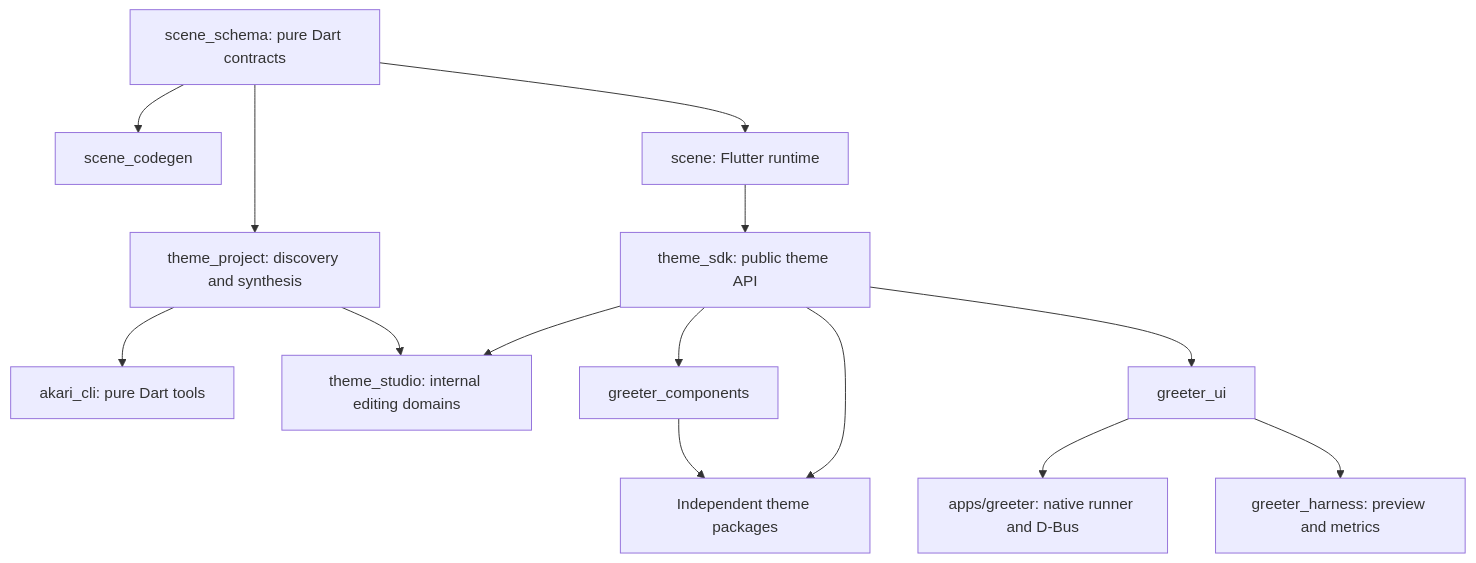
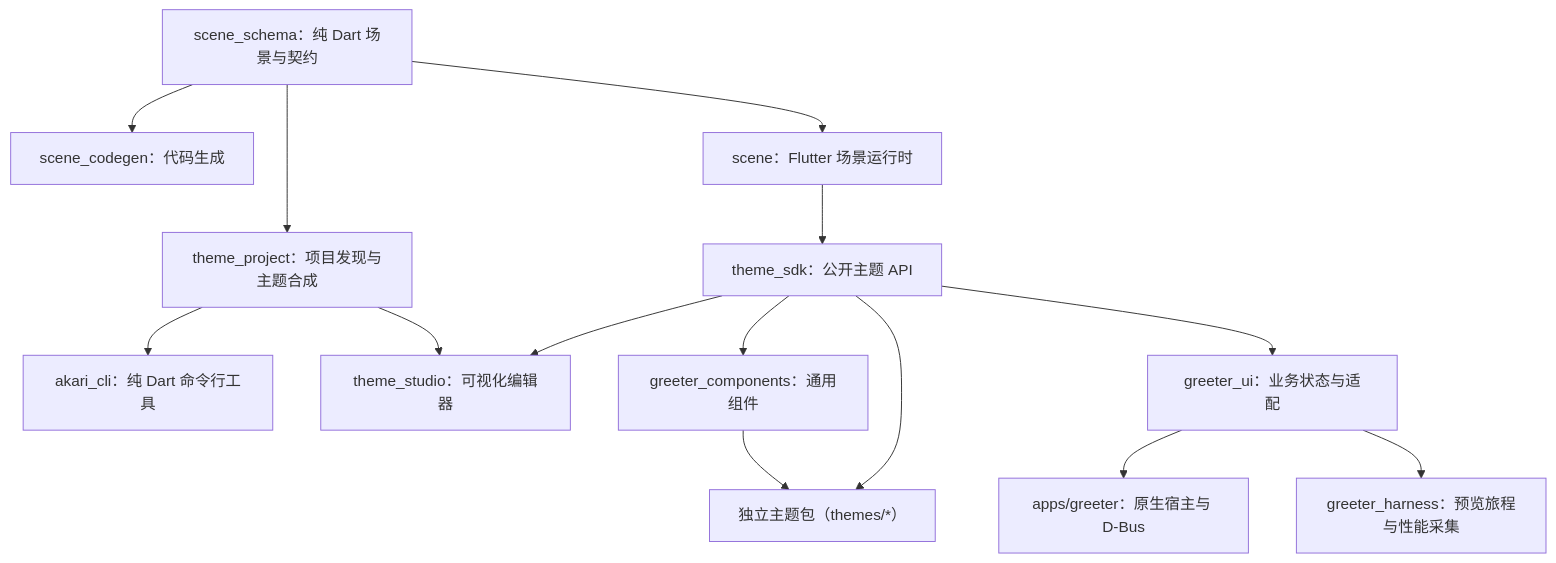
Before and after one commit to anfsity/Akari: the second of 2 diagrams in docs/zh-cn/architecture/overview.md, drawn with Mermaid. The commit also changed other lines of this file and 5 other files, not shown here.

````diff
--- a/docs/zh-cn/architecture/overview.md
+++ b/docs/zh-cn/architecture/overview.md
@@ -19,16 +19,16 @@
 ```mermaid
 flowchart TD
-    Schema[scene_schema: pure Dart contracts] --> Codegen[scene_codegen]
-    Schema --> Project[theme_project: discovery and synthesis]
-    Project --> CLI[akari_cli: pure Dart tools]
-    Project --> Studio[theme_studio: internal editing domains]
-    Schema --> Scene[scene: Flutter runtime]
-    Scene --> SDK[theme_sdk: public theme API]
-    SDK --> Components[greeter_components]
-    SDK --> UI[greeter_ui]
+    Schema["scene_schema：纯 Dart 场景与契约"] --> Codegen["scene_codegen：代码生成"]
+    Schema --> Project["theme_project：项目发现与主题合成"]
+    Project --> CLI["akari_cli：纯 Dart 命令行工具"]
+    Project --> Studio["theme_studio：可视化编辑器"]
+    Schema --> Scene["scene：Flutter 场景运行时"]
+    Scene --> SDK["theme_sdk：公开主题 API"]
+    SDK --> Components["greeter_components：通用组件"]
+    SDK --> UI["greeter_ui：业务状态与适配"]
     SDK --> Studio
-    Components --> Themes[Independent theme packages]
+    Components --> Themes["独立主题包（themes/*）"]
     SDK --> Themes
-    UI --> App[apps/greeter: native runner and D-Bus]
-    UI --> Harness[greeter_harness: preview and metrics]
+    UI --> App["apps/greeter：原生宿主与 D-Bus"]
+    UI --> Harness["greeter_harness：预览旅程与性能采集"]
 ```
````
